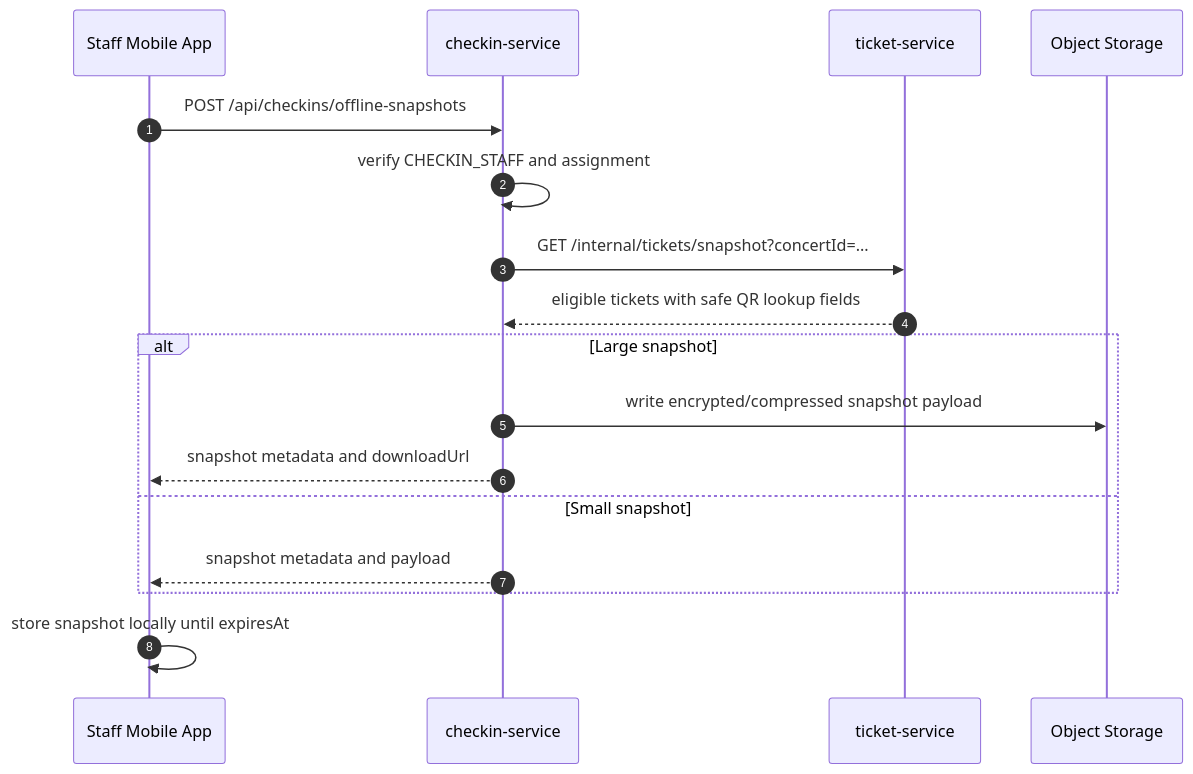
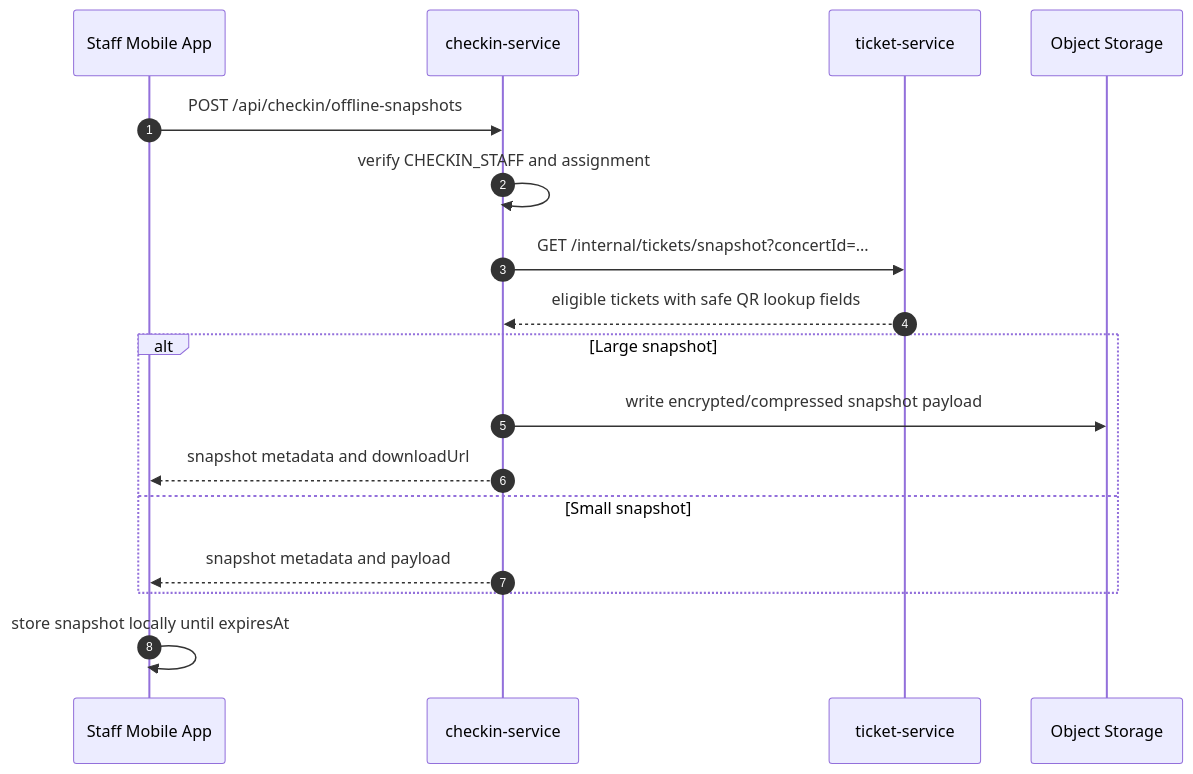
Before and after one commit to software-design-138gogo/tickefy-backend: the first of 5 diagrams in docs/contracts/flows/offline-checkin-sync-flow.md, drawn with Mermaid. The commit also changed other lines of this file and 3 other files, not shown here.

Commit message:
docs: Standardize checkin API paths and port

````diff
--- a/docs/contracts/flows/offline-checkin-sync-flow.md
+++ b/docs/contracts/flows/offline-checkin-sync-flow.md
@@ -44,20 +44,20 @@
 ```mermaid
 sequenceDiagram
     autonumber
     participant Mobile as Staff Mobile App
     participant Checkin as checkin-service
     participant Ticket as ticket-service
     participant Store as Object Storage
 
-    Mobile->>Checkin: POST /api/checkins/offline-snapshots
+    Mobile->>Checkin: POST /api/checkin/offline-snapshots
     Checkin->>Checkin: verify CHECKIN_STAFF and assignment
     Checkin->>Ticket: GET /internal/tickets/snapshot?concertId=...
     Ticket-->>Checkin: eligible tickets with safe QR lookup fields
     alt Large snapshot
         Checkin->>Store: write encrypted/compressed snapshot payload
         Checkin-->>Mobile: snapshot metadata and downloadUrl
     else Small snapshot
         Checkin-->>Mobile: snapshot metadata and payload
     end
     Mobile->>Mobile: store snapshot locally until expiresAt
 ```
````
